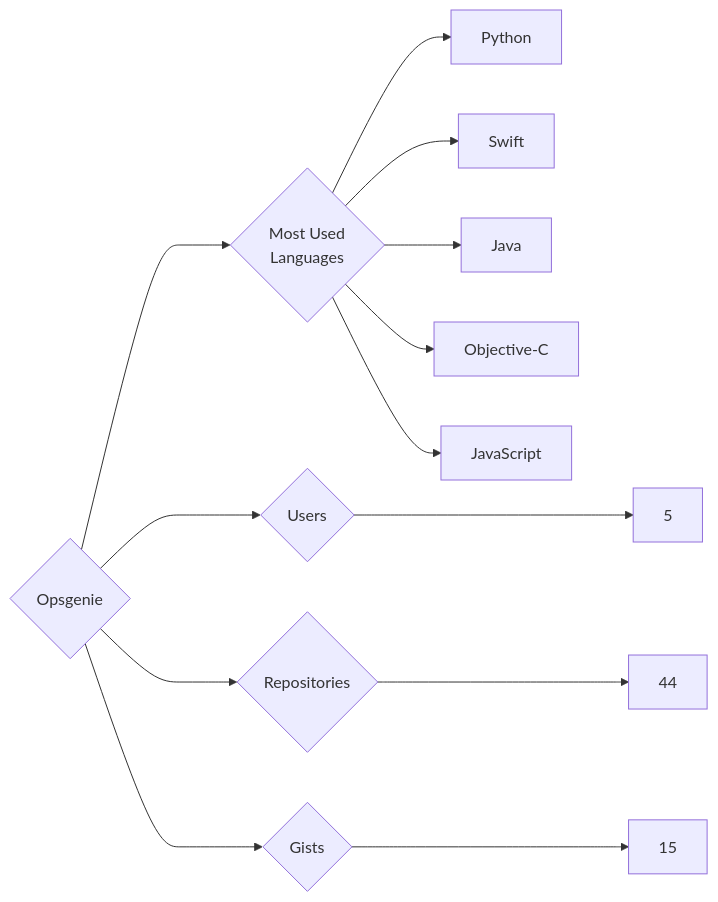
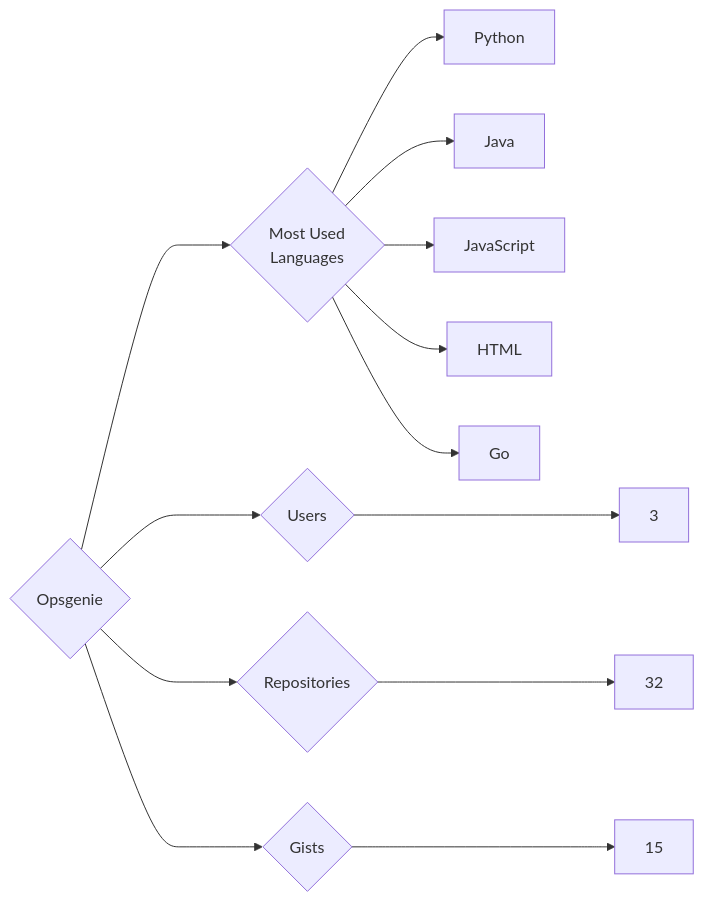
The diagram in targets/Opsgenie/README.md (trickest/insiders), drawn with Mermaid before and after one commit. The commit also changed 912 other files, not shown here.

````diff
--- a/targets/Opsgenie/README.md
+++ b/targets/Opsgenie/README.md
@@ -3,13 +3,13 @@
 ```mermaid
 graph LR
 COMPANY_NAME{Opsgenie}
-COMPANY_NAME ---> U{Users} ---> UN[5]
-COMPANY_NAME ---> R{Repositories} ---> RN[44]
+COMPANY_NAME ---> U{Users} ---> UN[3]
+COMPANY_NAME ---> R{Repositories} ---> RN[32]
 COMPANY_NAME ---> G{Gists} ---> GN[15]
 COMPANY_NAME ---> ML{Most Used<br>Languages}
 ML --> Python[Python]
-ML --> Swift[Swift]
 ML --> Java[Java]
-ML --> Objective-C[Objective-C]
 ML --> JavaScript[JavaScript]
+ML --> HTML[HTML]
+ML --> Go[Go]
 ```
````
